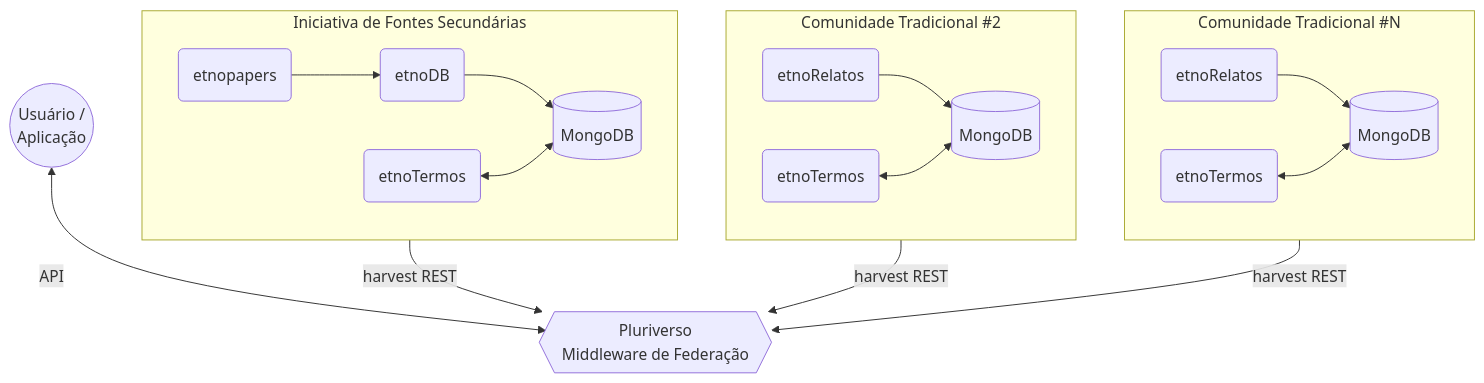
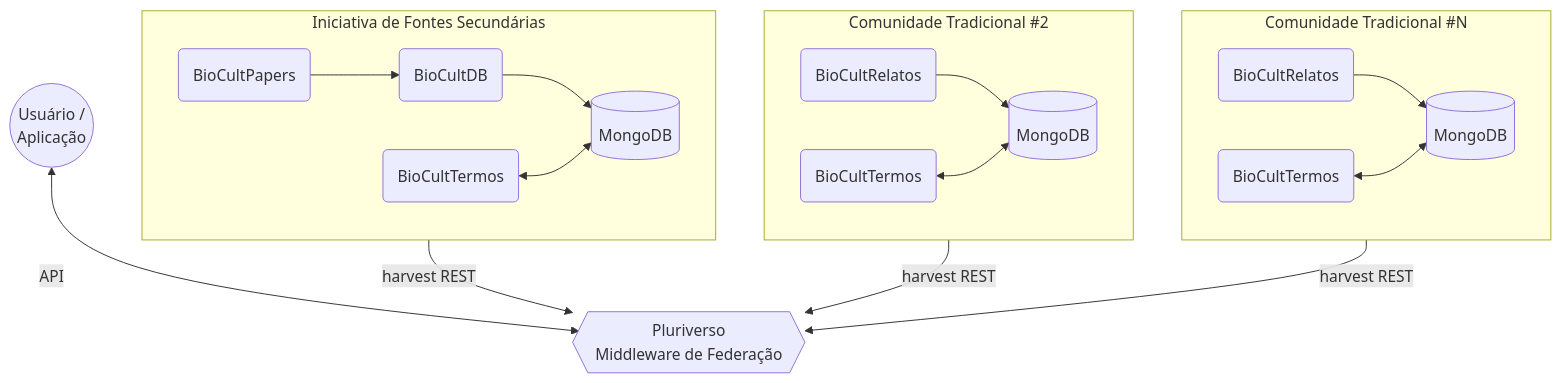
Before and after one commit to edalcin/pluriverso: the diagram in README.md, drawn with Mermaid. The commit also changed other lines of this file, not shown here.

Commit message:
docs: atualizar referencias de etnoDB/etnopapers/etnoRelatos/etnotermos/etnoArquitetura para os novos nomes de marca

````diff
--- a/README.md
+++ b/README.md
@@ -23,26 +23,26 @@
 ```mermaid
 graph TD
     subgraph I1["Iniciativa de Fontes Secundárias"]
-        I1A(etnoDB) --> I1M[(MongoDB)]
-        I1B(etnopapers) --> I1A
-        I1C(etnoTermos) <--> I1M
+        I1A(BioCultDB) --> I1M[(MongoDB)]
+        I1B(BioCultPapers) --> I1A
+        I1C(BioCultTermos) <--> I1M
     end
 
     subgraph C2["Comunidade Tradicional #2"]
-        C2A(etnoRelatos) --> C2M[(MongoDB)]
-        C2B(etnoTermos) <--> C2M
+        C2A(BioCultRelatos) --> C2M[(MongoDB)]
+        C2B(BioCultTermos) <--> C2M
     end
 
     subgraph C3["Comunidade Tradicional #N"]
-        C3A(etnoRelatos) --> C3M[(MongoDB)]
-        C3B(etnoTermos) <--> C3M
+        C3A(BioCultRelatos) --> C3M[(MongoDB)]
+        C3B(BioCultTermos) <--> C3M
     end
 
     PL{{"Pluriverso\nMiddleware de Federação"}}
     U((Usuário /\nAplicação))
 
     I1 -->|harvest REST| PL
     C2 -->|harvest REST| PL
     C3 -->|harvest REST| PL
     U <-->|API| PL
 ```
````
